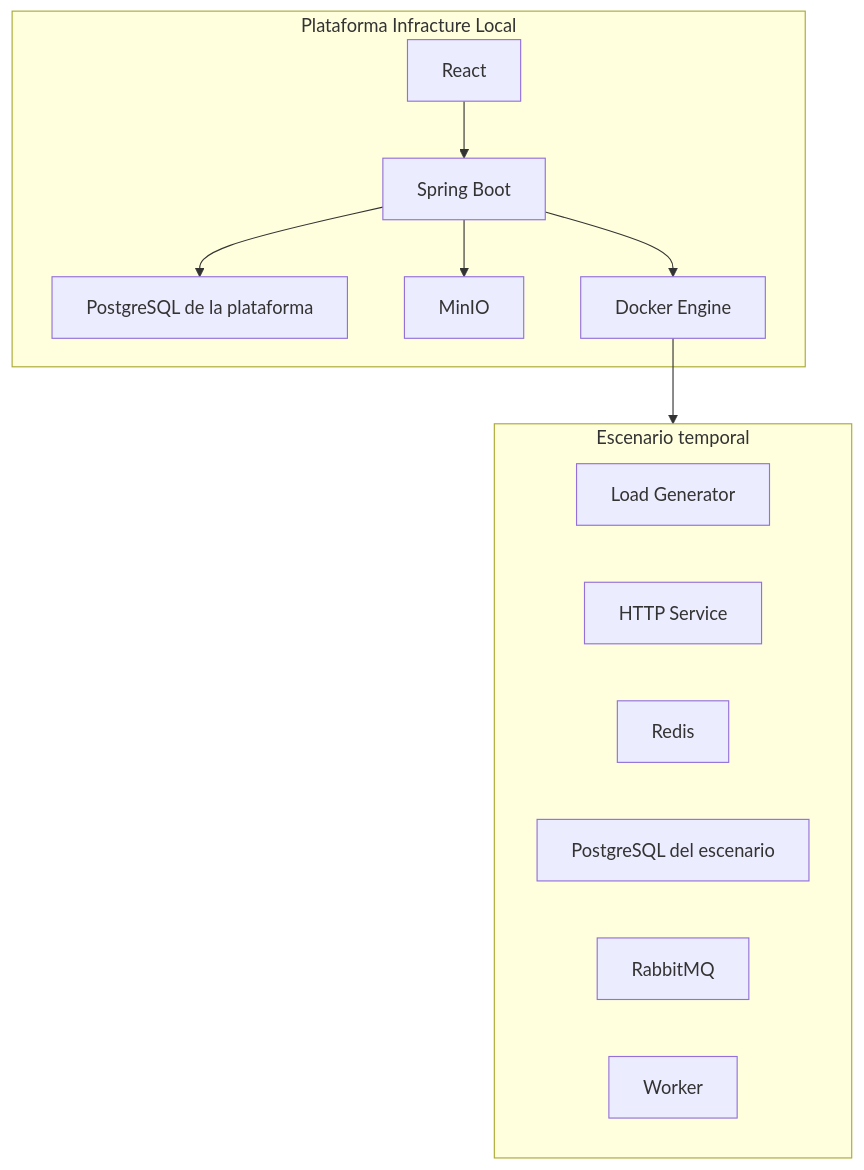
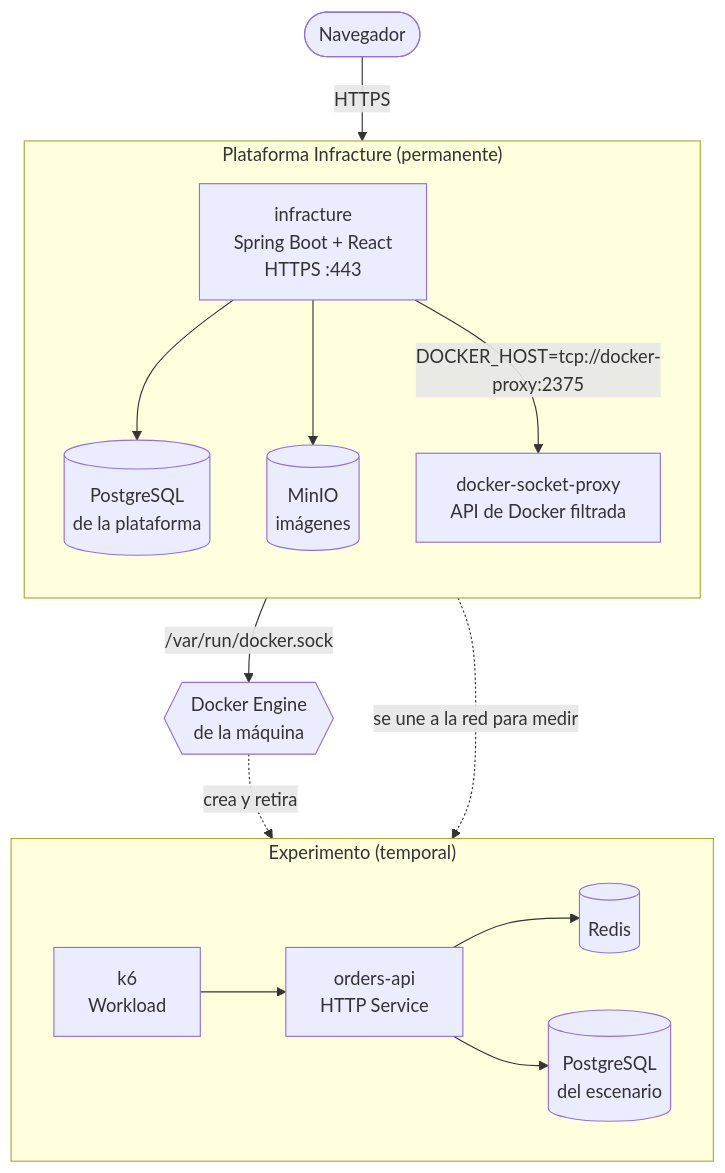
Before and after one commit to codeurjc-students/2026-INFRACTURE: the second of 17 diagrams in docs/EXECUTION_ARCHITECTURE.md, drawn with Mermaid. The commit also changed other lines of this file and 9 other files, not shown here.

````diff
--- a/docs/EXECUTION_ARCHITECTURE.md
+++ b/docs/EXECUTION_ARCHITECTURE.md
@@ -51,26 +86,33 @@
 ```mermaid
 flowchart TB
-    subgraph PLATFORM["Plataforma Infracture Local"]
-        React["React"]
-        Backend["Spring Boot"]
-        PlatformDb["PostgreSQL de la plataforma"]
-        MinIO["MinIO"]
-        Docker["Docker Engine"]
+    User(["Navegador"])
 
-        React --> Backend
-        Backend --> PlatformDb
-        Backend --> MinIO
-        Backend --> Docker
+    subgraph PLATFORM["Plataforma Infracture (permanente)"]
+        direction TB
+        App["infracture<br/>Spring Boot + React<br/>HTTPS :443"]
+        PlatformDb[("PostgreSQL<br/>de la plataforma")]
+        MinIO[("MinIO<br/>imágenes")]
+        Proxy["docker-socket-proxy<br/>API de Docker filtrada"]
     end
 
-    subgraph EXECUTION["Escenario temporal"]
-        Load["Load Generator"]
-        Http["HTTP Service"]
-        Redis["Redis"]
-        ScenarioDb["PostgreSQL del escenario"]
-        Rabbit["RabbitMQ"]
-        Worker["Worker"]
+    Engine{{"Docker Engine<br/>de la máquina"}}
+
+    subgraph EXP["Experimento (temporal)"]
+        direction LR
+        Load["k6<br/>Workload"]
+        Api["orders-api<br/>HTTP Service"]
+        Cache[("Redis")]
+        Db[("PostgreSQL<br/>del escenario")]
     end
 
-    Docker --> EXECUTION
+    User -->|HTTPS| App
+    App --> PlatformDb
+    App --> MinIO
+    App -->|"DOCKER_HOST=tcp://docker-proxy:2375"| Proxy
+    Proxy -->|"/var/run/docker.sock"| Engine
+    Engine -. crea y retira .-> EXP
+    App -. "se une a la red para medir" .-> Api
+    Load --> Api
+    Api --> Cache
+    Api --> Db
 ```
````
